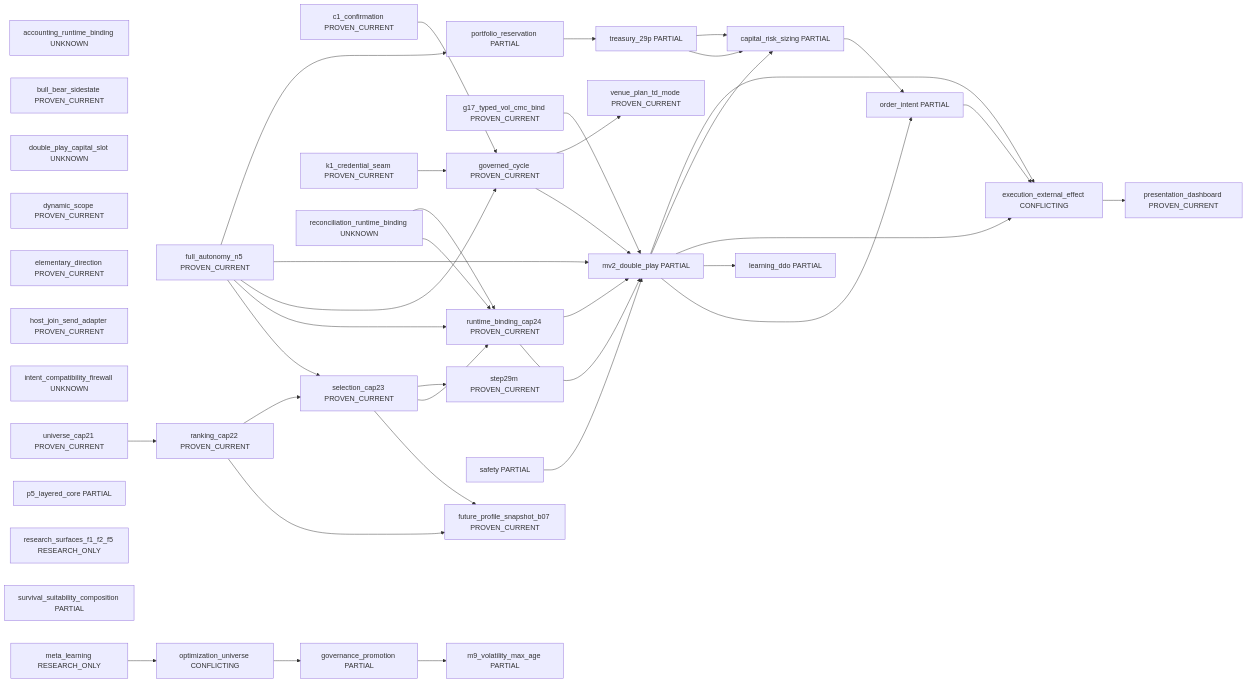
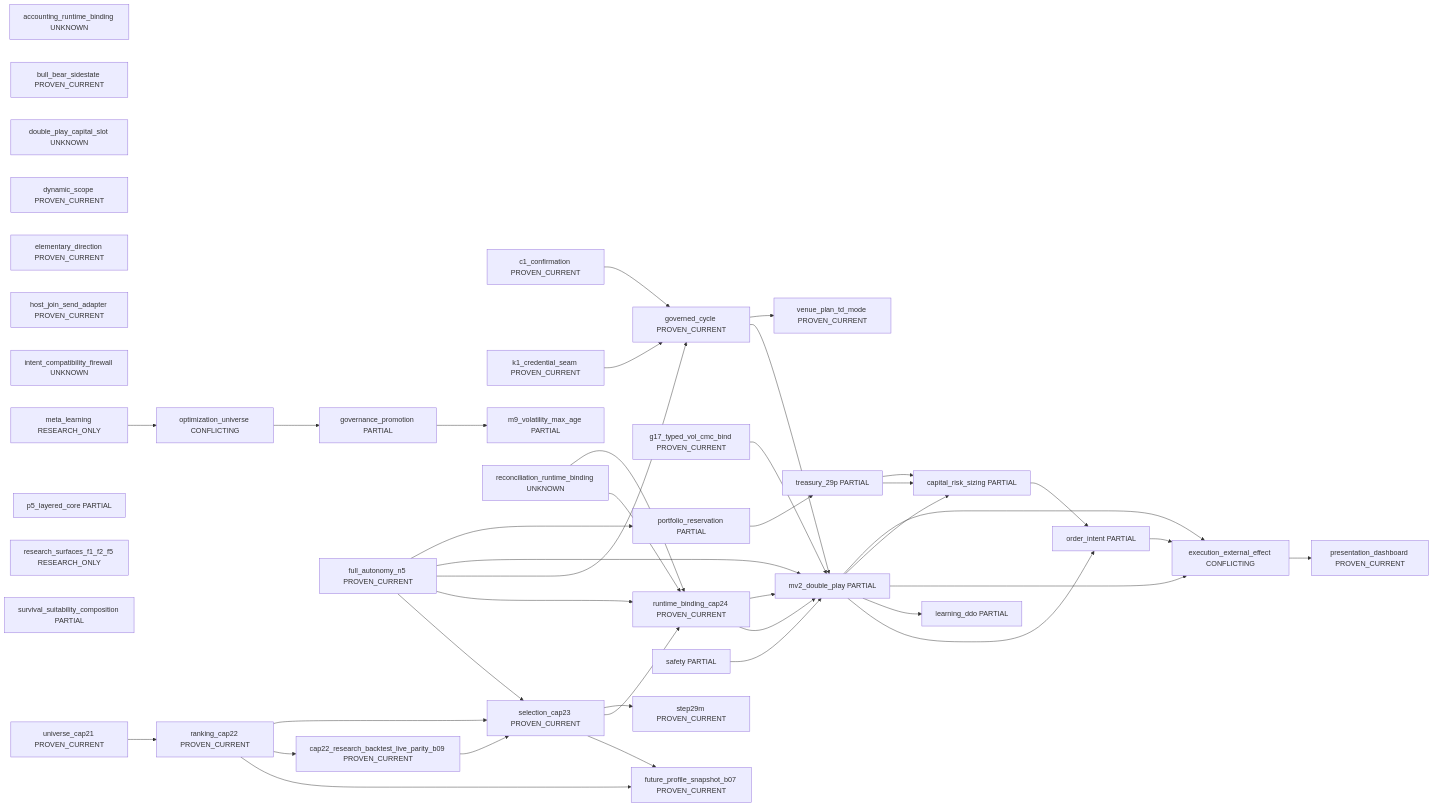
One commit to rauterfrank-ui/Peak_Trade changed the diagram in docs/governance/current_system_interaction_authority_map_v1/generated/system_landscape_v1.md. Above: the diagram before and after it, drawn with Mermaid. The commit also changed other lines of this file and 22 other files, not shown here.

First line of the commit message:
B09 Peak Trade ranking parity proof

````diff
--- a/docs/governance/current_system_interaction_authority_map_v1/generated/system_landscape_v1.md
+++ b/docs/governance/current_system_interaction_authority_map_v1/generated/system_landscape_v1.md
@@ -7,74 +7,77 @@
 ```mermaid
 flowchart LR
   accounting_runtime_binding["accounting_runtime_binding UNKNOWN"]
   bull_bear_sidestate["bull_bear_sidestate PROVEN_CURRENT"]
   c1_confirmation["c1_confirmation PROVEN_CURRENT"]
+  cap22_research_backtest_live_parity_b09["cap22_research_backtest_live_parity_b09 PROVEN_CURRENT"]
   capital_risk_sizing["capital_risk_sizing PARTIAL"]
   double_play_capital_slot["double_play_capital_slot UNKNOWN"]
   dynamic_scope["dynamic_scope PROVEN_CURRENT"]
   elementary_direction["elementary_direction PROVEN_CURRENT"]
   execution_external_effect["execution_external_effect CONFLICTING"]
   full_autonomy_n5["full_autonomy_n5 PROVEN_CURRENT"]
   future_profile_snapshot_b07["future_profile_snapshot_b07 PROVEN_CURRENT"]
   g17_typed_vol_cmc_bind["g17_typed_vol_cmc_bind PROVEN_CURRENT"]
   governance_promotion["governance_promotion PARTIAL"]
   governed_cycle["governed_cycle PROVEN_CURRENT"]
   host_join_send_adapter["host_join_send_adapter PROVEN_CURRENT"]
   intent_compatibility_firewall["intent_compatibility_firewall UNKNOWN"]
   k1_credential_seam["k1_credential_seam PROVEN_CURRENT"]
   learning_ddo["learning_ddo PARTIAL"]
   m9_volatility_max_age["m9_volatility_max_age PARTIAL"]
   meta_learning["meta_learning RESEARCH_ONLY"]
   mv2_double_play["mv2_double_play PARTIAL"]
   optimization_universe["optimization_universe CONFLICTING"]
   order_intent["order_intent PARTIAL"]
   p5_layered_core["p5_layered_core PARTIAL"]
   portfolio_reservation["portfolio_reservation PARTIAL"]
   presentation_dashboard["presentation_dashboard PROVEN_CURRENT"]
   ranking_cap22["ranking_cap22 PROVEN_CURRENT"]
   reconciliation_runtime_binding["reconciliation_runtime_binding UNKNOWN"]
   research_surfaces_f1_f2_f5["research_surfaces_f1_f2_f5 RESEARCH_ONLY"]
   runtime_binding_cap24["runtime_binding_cap24 PROVEN_CURRENT"]
   safety["safety PARTIAL"]
   selection_cap23["selection_cap23 PROVEN_CURRENT"]
   step29m["step29m PROVEN_CURRENT"]
   survival_suitability_composition["survival_suitability_composition PARTIAL"]
   treasury_29p["treasury_29p PARTIAL"]
   universe_cap21["universe_cap21 PROVEN_CURRENT"]
   venue_plan_td_mode["venue_plan_td_mode PROVEN_CURRENT"]
   governance_promotion --> m9_volatility_max_age
+  cap22_research_backtest_live_parity_b09 --> selection_cap23
   runtime_binding_cap24 --> mv2_double_play
   c1_confirmation --> governed_cycle
   execution_external_effect --> presentation_dashboard
   treasury_29p --> capital_risk_sizing
   full_autonomy_n5 --> selection_cap23
   full_autonomy_n5 --> runtime_binding_cap24
   full_autonomy_n5 --> governed_cycle
   full_autonomy_n5 --> mv2_double_play
   full_autonomy_n5 --> portfolio_reservation
   g17_typed_vol_cmc_bind --> mv2_double_play
   governed_cycle --> mv2_double_play
   governed_cycle --> venue_plan_td_mode
   mv2_double_play --> order_intent
   order_intent --> execution_external_effect
   k1_credential_seam --> governed_cycle
   mv2_double_play --> learning_ddo
   meta_learning --> optimization_universe
   mv2_double_play --> execution_external_effect
   mv2_double_play --> capital_risk_sizing
   mv2_double_play --> execution_external_effect
   optimization_universe --> governance_promotion
   portfolio_reservation --> treasury_29p
   ranking_cap22 --> future_profile_snapshot_b07
+  ranking_cap22 --> cap22_research_backtest_live_parity_b09
   ranking_cap22 --> selection_cap23
   reconciliation_runtime_binding --> runtime_binding_cap24
   reconciliation_runtime_binding --> runtime_binding_cap24
   runtime_binding_cap24 --> mv2_double_play
   safety --> mv2_double_play
   selection_cap23 --> future_profile_snapshot_b07
   selection_cap23 --> runtime_binding_cap24
   capital_risk_sizing --> order_intent
   selection_cap23 --> step29m
   treasury_29p --> capital_risk_sizing
   universe_cap21 --> ranking_cap22
 ```
````
